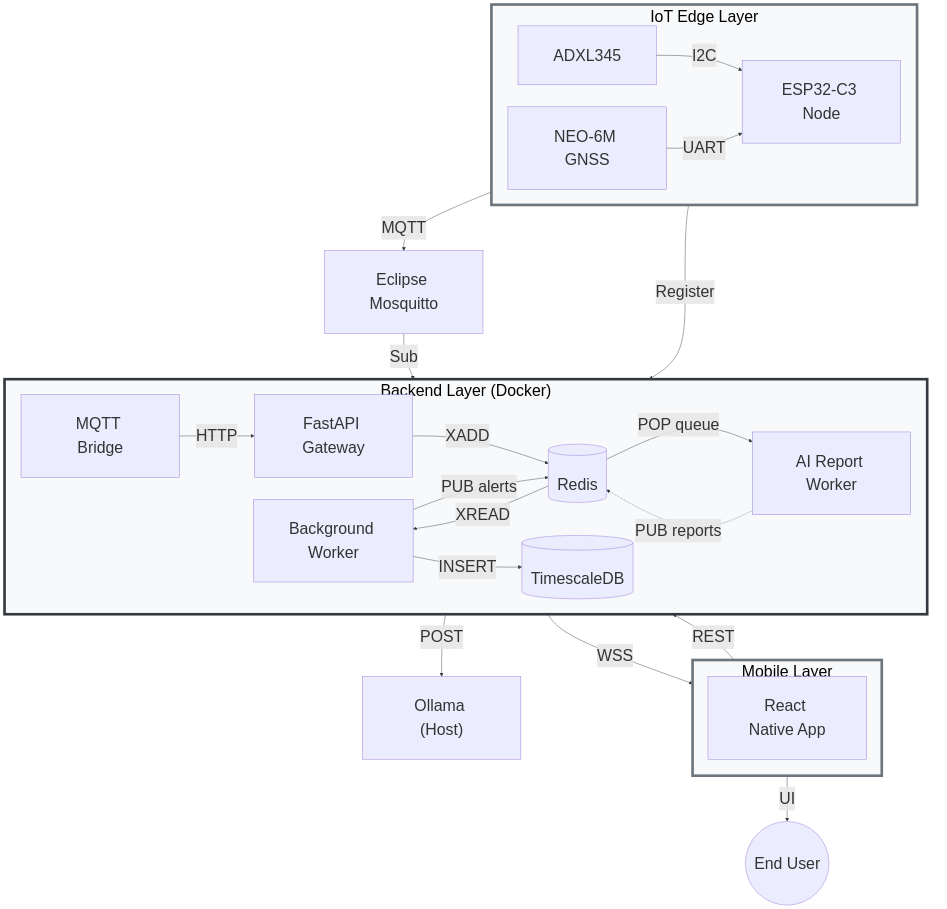
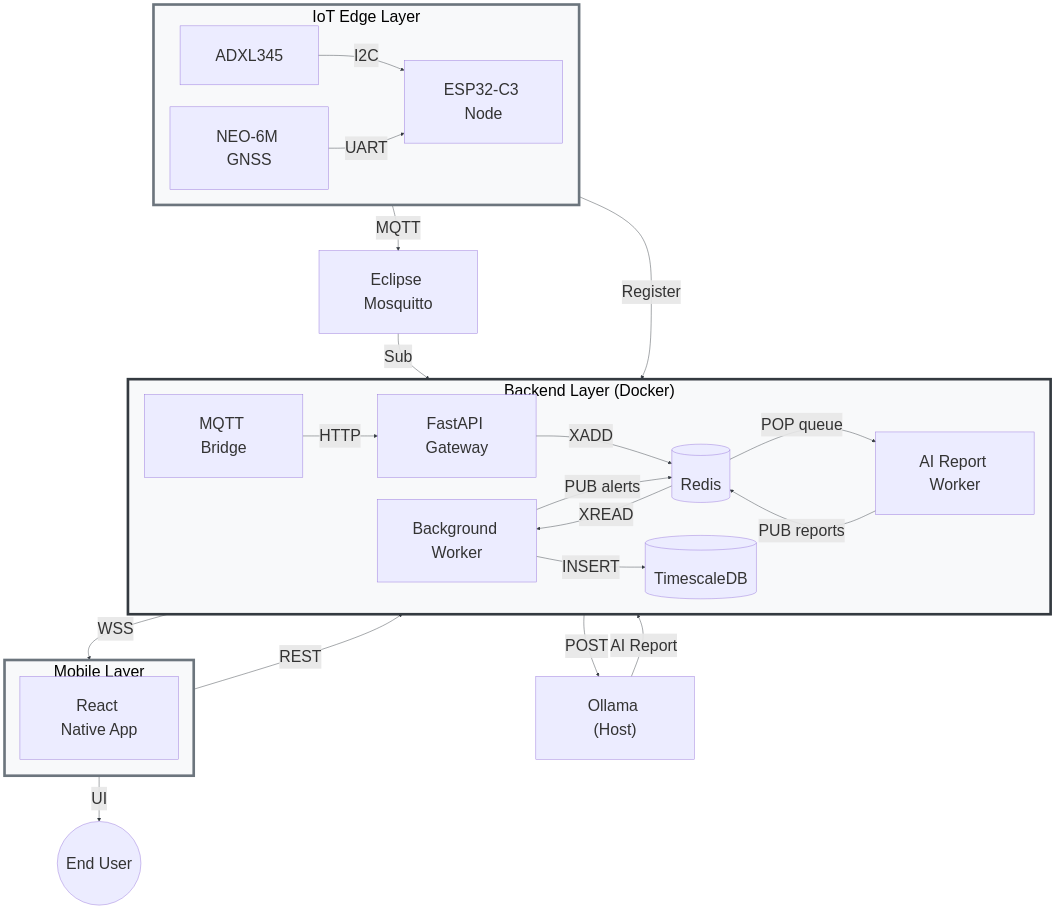
Before and after one commit to GiZano/QuakeGuard: the second of 2 diagrams in docs/diagrams/c4-context.md, drawn with Mermaid. The commit also changed 8 other files, not shown here.

Commit message:
docs(whitepaper): apply user manual override for figure 2 layout

````diff
--- a/docs/diagrams/c4-context.md
+++ b/docs/diagrams/c4-context.md
@@ -48,56 +48,53 @@
 ```mermaid
-%%{init: {"themeVariables": {"fontSize": "36px", "lineColor": "#343a40"}, "flowchart": {"padding": 40}}}%%
-flowchart TD
-    subgraph edge["IoT Edge Layer<br/>"]
-        direction LR
+---
+config:
+  themeVariables:
+    fontSize: 36px
+    lineColor: '#343a40'
+  flowchart:
+    padding: 40
+  layout: fixed
+---
+flowchart TB
+ subgraph edge["IoT Edge Layer<br>"]
+    direction LR
         adxl["ADXL345"]
         gnss["NEO-6M GNSS"]
         esp32["ESP32-C3 Node"]
-        adxl -- "I2C" --> esp32
-        gnss -- "UART" --> esp32
-    end
-
-    subgraph mobile["Mobile Layer<br/>"]
-        direction TB
+  end
+ subgraph mobile["Mobile Layer<br>"]
+    direction TB
         app["React Native App"]
-    end
-
-    edge ~~~ mobile
-
-    mosquitto["Eclipse Mosquitto"]
-    user(("End User"))
-
-    subgraph backend["Backend Layer (Docker)<br/>"]
-        direction LR
+  end
+ subgraph backend["Backend Layer (Docker)<br>"]
+    direction LR
         worker["Background Worker"]
         mqtt_bridge["MQTT Bridge"]
         api["FastAPI Gateway"]
         redis[("Redis")]
         ai_worker["AI Report Worker"]
         postgres[("TimescaleDB")]
-
-        mqtt_bridge -- "HTTP" --> api
-        api -- "XADD" --> redis
-        redis -- "XREAD" --> worker
-        worker -- "INSERT" --> postgres
-        worker -- "PUB alerts" --> redis
-        redis -- "POP queue" --> ai_worker
-    end
-
-    ollama["Ollama (Host)"]
-
-    esp32 -- "Register" --> api
-    esp32 -- "MQTT" --> mosquitto
-    mosquitto -- "Sub" --> mqtt_bridge
-
-    ai_worker -- "POST" --> ollama
-    ai_worker -. "PUB reports" .-> redis
-
-    api -- "WSS" --> app
-    app -- "REST" --> api
-    app -- "UI" --> user
+  end
+    adxl -- I2C --> esp32
+    gnss -- UART --> esp32
+    edge ~~~ mobile
+    mqtt_bridge -- HTTP --> api
+    api -- XADD --> redis
+    redis -- XREAD --> worker
+    worker -- INSERT --> postgres
+    worker -- PUB alerts --> redis
+    redis -- POP queue --> ai_worker
+    esp32 -- Register --> api
+    esp32 -- MQTT --> mosquitto["Eclipse Mosquitto"]
+    mosquitto -- Sub --> mqtt_bridge
+    ai_worker -- POST --> ollama["Ollama (Host)"]
+    ai_worker -- PUB reports --> redis
+    api -- WSS --> app
+    app -- REST --> api
+    app -- UI --> user(("End User"))
+    ollama -- AI Report --> ai_worker
 
     style edge fill:#f8f9fa,stroke:#6c757d,stroke-width:6px,color:#000
+    style mobile fill:#f8f9fa,stroke:#6c757d,stroke-width:6px,color:#000
     style backend fill:#f8f9fa,stroke:#343a40,stroke-width:6px,color:#000
-    style mobile fill:#f8f9fa,stroke:#6c757d,stroke-width:6px,color:#000
 ```
````
